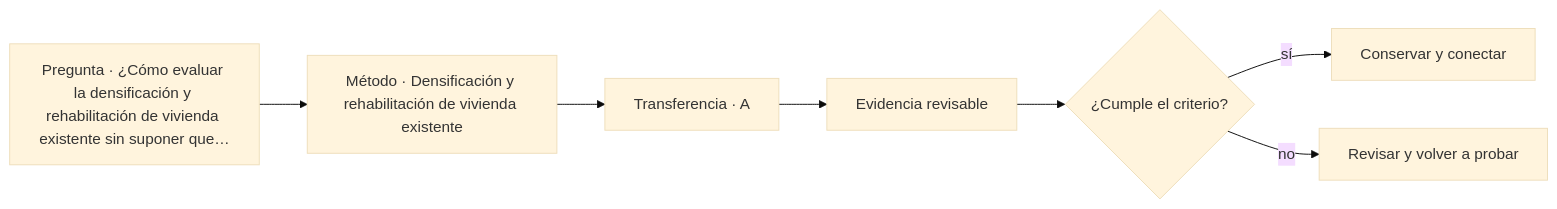
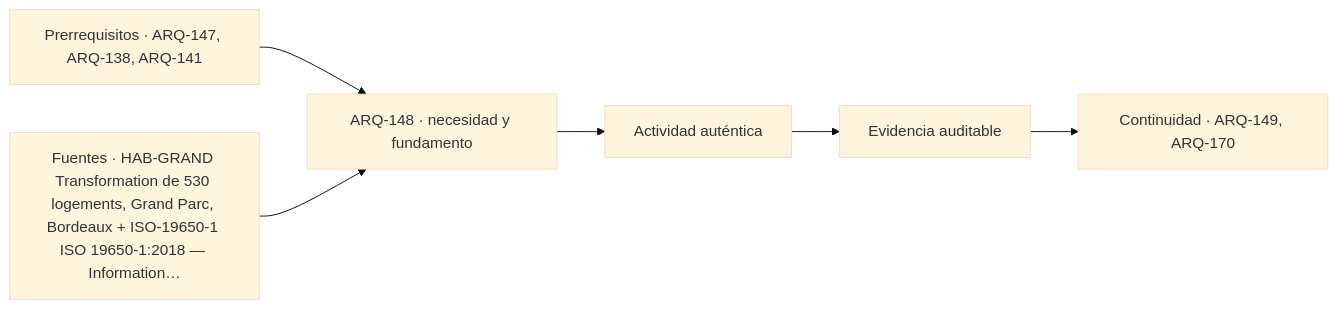
One commit to vladimiracunadev-create/architecture-built-environment-learning-program changed the diagram in classes/parte-15/ARQ-148.md. Above: the diagram before and after it, drawn with Mermaid (base theme). The commit also changed other lines of this file and 761 other files, not shown here.

````diff
--- a/classes/parte-15/ARQ-148.md
+++ b/classes/parte-15/ARQ-148.md
@@ -108,9 +120,8 @@
 ```mermaid
 flowchart LR
-    Q["Pregunta · ¿Cómo evaluar la densificación y rehabilitación de vivienda existente sin suponer que…"] --> M["Método · Densificación y rehabilitación de vivienda existente"]
-    M --> P["Transferencia · A"]
-    P --> E["Evidencia revisable"]
-    E --> C{"¿Cumple el criterio?"}
-    C -->|sí| T["Conservar y conectar"]
-    C -->|no| R["Revisar y volver a probar"]
+    A["Prerrequisitos · ARQ-147, ARQ-138, ARQ-141"] --> B["ARQ-148 · necesidad y fundamento"]
+    S["Fuentes · HAB-GRAND Transformation de 530 logements, Grand Parc, Bordeaux + ISO-19650-1 ISO 19650-1:2018 — Information…"] --> B
+    B --> C["Actividad auténtica"]
+    C --> D["Evidencia auditable"]
+    D --> E["Continuidad · ARQ-149, ARQ-170"]
 ```
````
